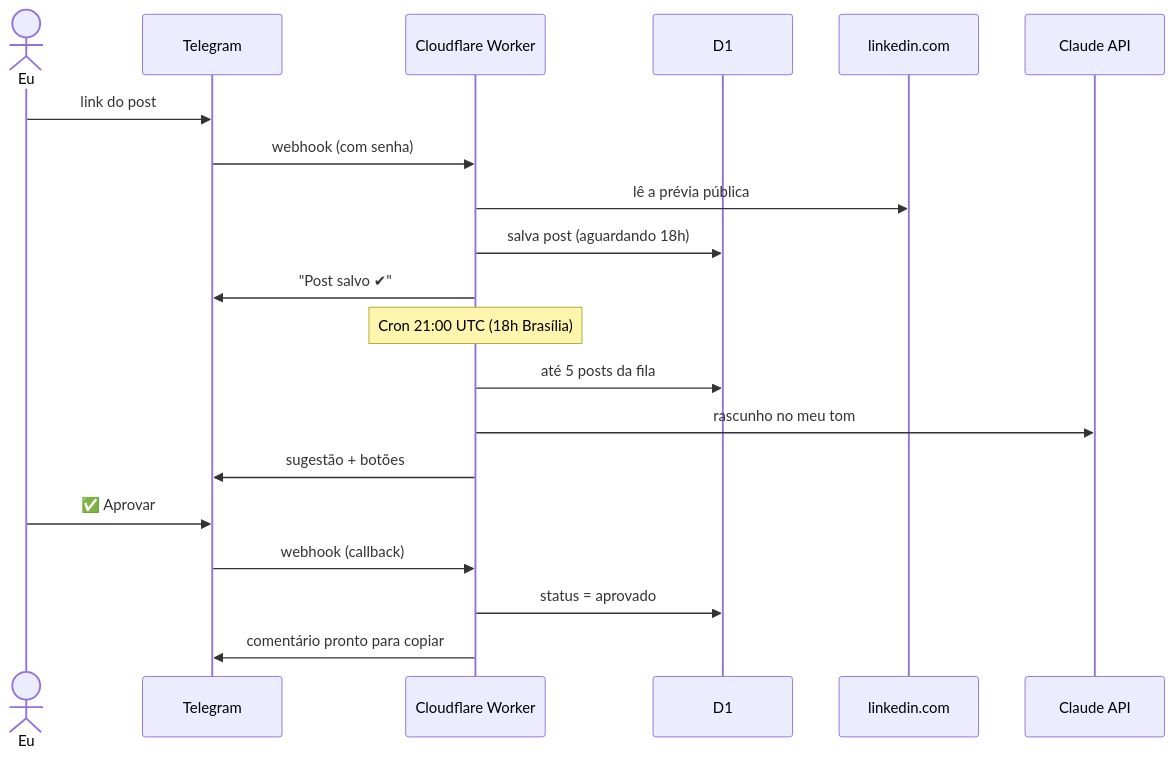
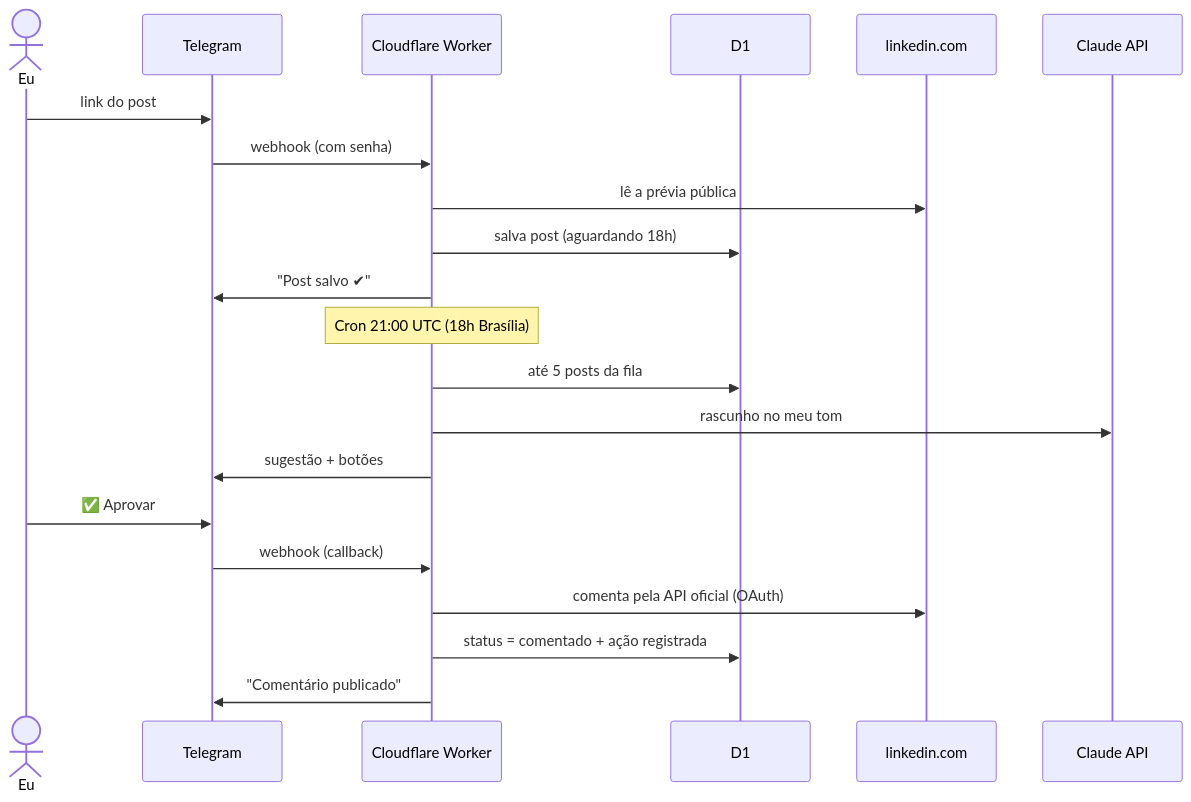
Before and after one commit to maferfan/ssi-copilot: the first of 2 diagrams in README.md, drawn with Mermaid. The commit also changed other lines of this file and 19 other files, not shown here.

````diff
--- a/README.md
+++ b/README.md
@@ -46,24 +56,25 @@
 ```mermaid
 sequenceDiagram
     actor Eu
     participant TG as Telegram
     participant W as Cloudflare Worker
     participant DB as D1
     participant LI as linkedin.com
     participant C as Claude API
 
     Eu->>TG: link do post
     TG->>W: webhook (com senha)
     W->>LI: lê a prévia pública
     W->>DB: salva post (aguardando 18h)
     W->>TG: "Post salvo ✔"
 
     Note over W: Cron 21:00 UTC (18h Brasília)
     W->>DB: até 5 posts da fila
     W->>C: rascunho no meu tom
     W->>TG: sugestão + botões
     Eu->>TG: ✅ Aprovar
     TG->>W: webhook (callback)
-    W->>DB: status = aprovado
-    W->>TG: comentário pronto para copiar
+    W->>LI: comenta pela API oficial (OAuth)
+    W->>DB: status = comentado + ação registrada
+    W->>TG: "Comentário publicado"
 ```
````
